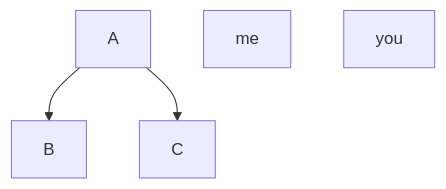
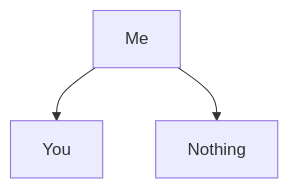
One commit to lavimonteiro/Killer-whale-website changed the second of 2 diagrams in README.md. Above: the diagram before and after it, drawn with Mermaid.

Commit message:
words take 2

````diff
--- a/README.md
+++ b/README.md
@@ -19,5 +19,5 @@
 ```mermaid
 graph TD;
-A-->B; me
-A-->C; you
+Me-->You;
+Me-->Nothing;
 ```
````
